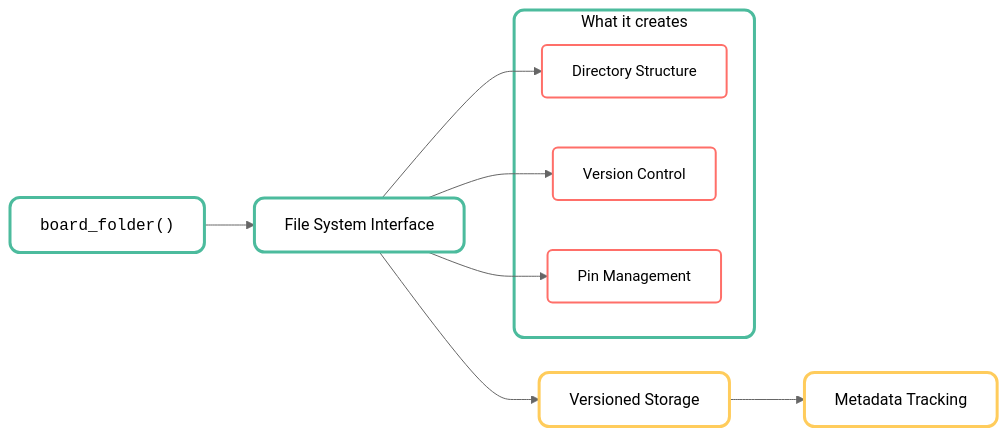
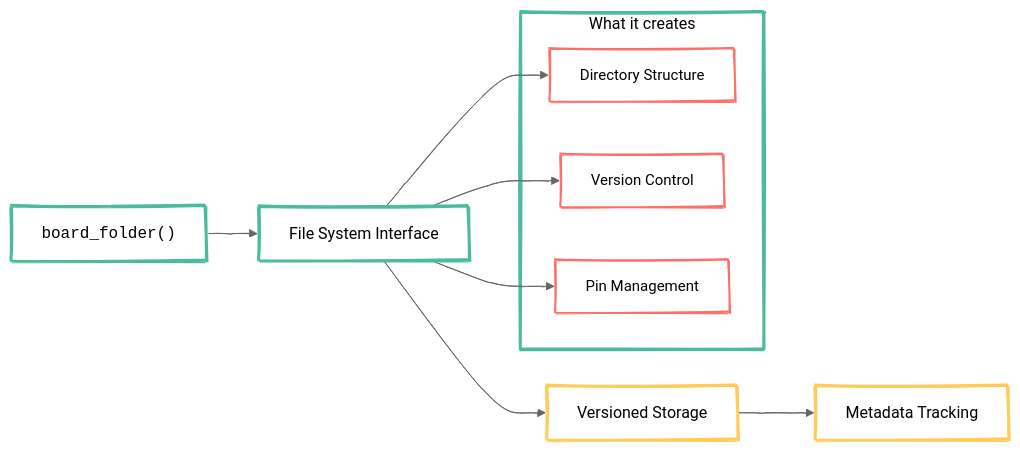
Before and after one commit to mjfrigaard/do4ds-labs: the third of 5 diagrams in lab2.qmd, drawn with Mermaid. The commit also changed other lines of this file and 9 other files, not shown here.

Commit message:
updates to mermaid diagrams

````diff
--- a/lab2.qmd
+++ b/lab2.qmd
@@ -286,31 +286,31 @@
 ```{mermaid}
 %%| fig-cap: 'board_folder()'
 %%| fig-align: center
-%%{init: {'theme': 'neutral', 'themeVariables': { 'fontFamily': 'monospace', "fontSize":"16px"}}}%%
+%%{init: {'theme': 'neutral', 'look': 'handDrawn', 'themeVariables': { 'fontFamily': 'monospace', "fontSize":"16px"}}}%%
 flowchart LR
     BrdFldr["<code>board_folder()</code>"] --> FSI[File System Interface]
     FSI --> VerStor[Versioned Storage]
     VerStor --> MetaTr[Metadata Tracking]
     
     subgraph BF["What it creates"]
         DirStr[Directory Structure]
         VerCont[Version Control]
         PinMngMnt[Pin Management]
     end
     
     FSI --> DirStr
     FSI --> VerCont
     FSI --> PinMngMnt
     
     style BrdFldr fill:#FFF,stroke:#4CBB9D,color:#000,stroke-width:3px,rx:10,ry:10,font-size:16px
     style FSI fill:#FFF,stroke:#4CBB9D,color:#000,stroke-width:3px,rx:10,ry:10,font-size:16px
     style BF fill:#FFF,stroke:#4CBB9D,color:#000,stroke-width:3px,rx:10,ry:10,font-size:16px
     
     style DirStr fill:#FFF,stroke:#ff6f69,color:#000,stroke-width:2px,rx:5,ry:5,font-size:15px
     style VerCont fill:#FFF,stroke:#ff6f69,color:#000,stroke-width:2px,rx:5,ry:5,font-size:15px
     style PinMngMnt fill:#FFF,stroke:#ff6f69,color:#000,stroke-width:2px,rx:5,ry:5,font-size:15px
     
     style VerStor fill:#FFF,stroke:#ffcc5c,color:#000,stroke-width:3px,rx:10,ry:10,font-size:16px
     style MetaTr fill:#FFF,stroke:#ffcc5c,color:#000,stroke-width:3px,rx:10,ry:10,font-size:16px
 
 ```
````
